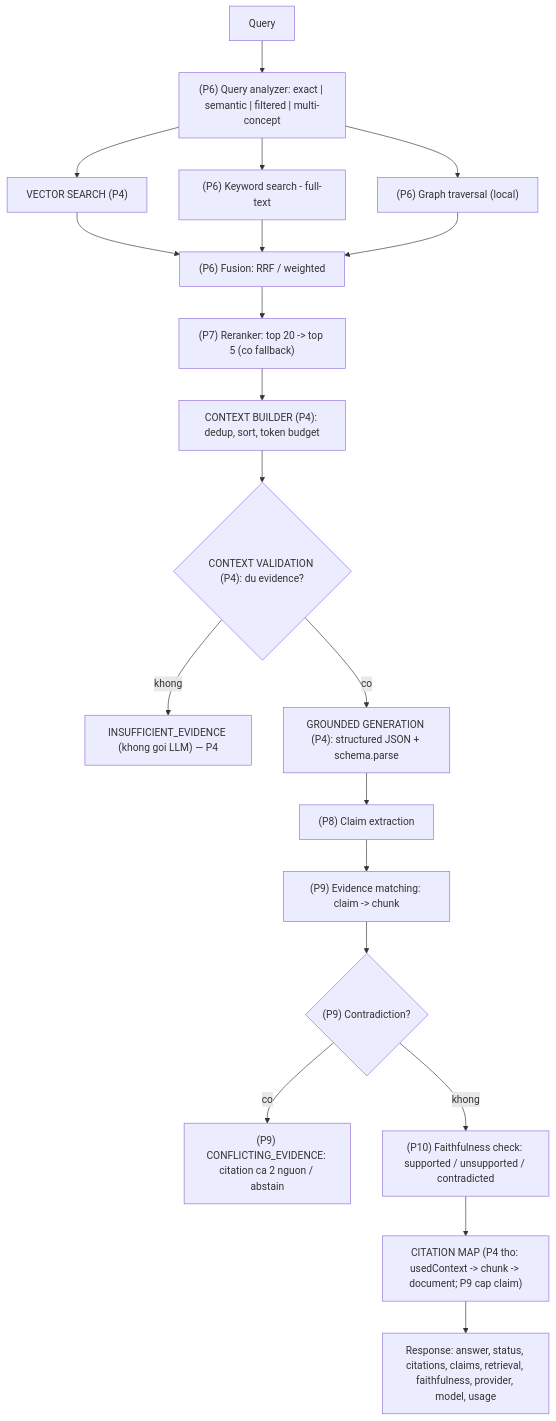
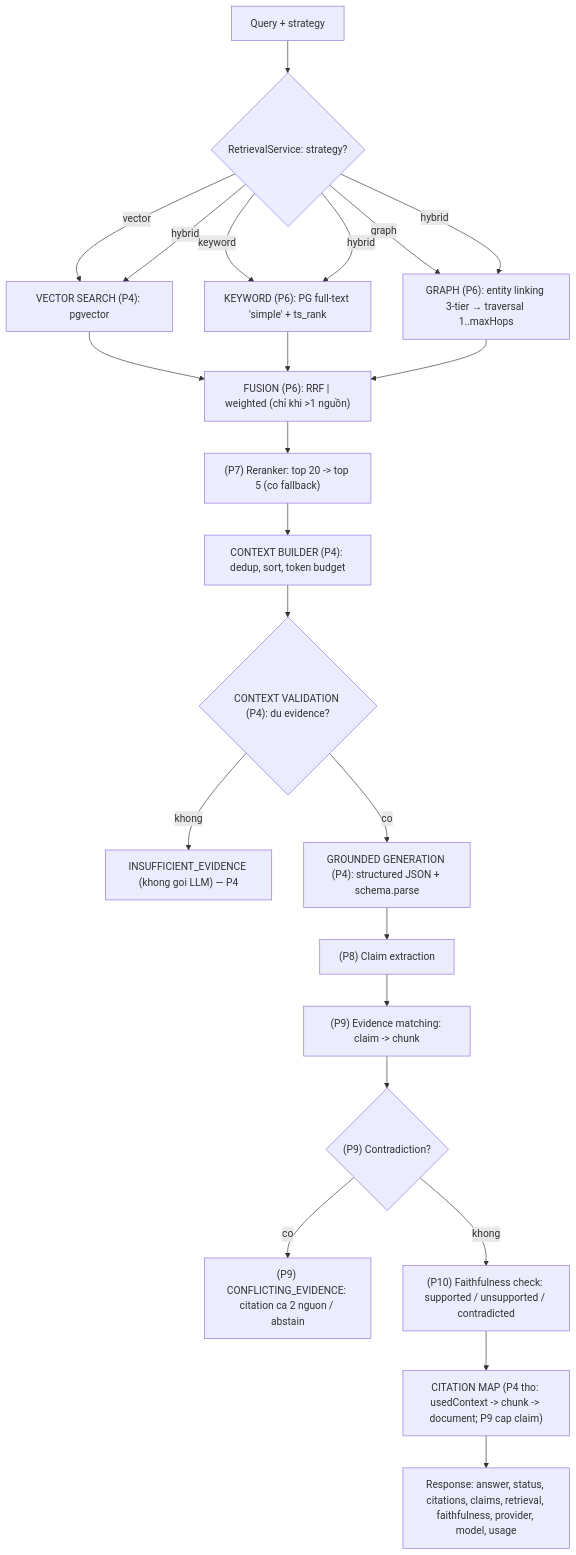
The second of 2 diagrams in docs/architecture/rag-architecture.md (vietbevis/rag-reliability), drawn with Mermaid before and after one commit. The commit also changed other lines of this file and 22 other files, not shown here.

````diff
--- a/docs/architecture/rag-architecture.md
+++ b/docs/architecture/rag-architecture.md
@@ -111,22 +112,23 @@
 ```mermaid
 flowchart TD
-  QRY[Query] --> AN["(P6) Query analyzer: exact | semantic | filtered | multi-concept"]
-  AN --> VEC["VECTOR SEARCH (P4)"]
-  AN --> KW["(P6) Keyword search - full-text"]
-  AN --> GR["(P6) Graph traversal (local)"]
-  VEC --> FUS["(P6) Fusion: RRF / weighted"]
+  QRY[Query + strategy] --> DISP{"RetrievalService: strategy?"}
+  DISP -->|vector| VEC["VECTOR SEARCH (P4): pgvector"]
+  DISP -->|keyword| KW["KEYWORD (P6): PG full-text 'simple' + ts_rank"]
+  DISP -->|graph| GR["GRAPH (P6): entity linking 3-tier → traversal 1..maxHops"]
+  DISP -->|hybrid| VEC & KW & GR
+  VEC --> FUS["FUSION (P6): RRF | weighted (chỉ khi >1 nguồn)"]
   KW --> FUS
   GR --> FUS
   FUS --> RR["(P7) Reranker: top 20 -> top 5 (co fallback)"]
   RR --> CB["CONTEXT BUILDER (P4): dedup, sort, token budget"]
   CB --> CV{"CONTEXT VALIDATION (P4): du evidence?"}
   CV -->|khong| ABS["INSUFFICIENT_EVIDENCE (khong goi LLM) — P4"]
   CV -->|co| GEN["GROUNDED GENERATION (P4): structured JSON + schema.parse"]
   GEN --> CE["(P8) Claim extraction"]
   CE --> EM["(P9) Evidence matching: claim -> chunk"]
   EM --> CD{"(P9) Contradiction?"}
   CD -->|co| CF["(P9) CONFLICTING_EVIDENCE: citation ca 2 nguon / abstain"]
   CD -->|khong| FF["(P10) Faithfulness check: supported / unsupported / contradicted"]
   FF --> CIT["CITATION MAP (P4 tho: usedContext -> chunk -> document; P9 cap claim)"]
   CIT --> RESP["Response: answer, status, citations, claims, retrieval, faithfulness, provider, model, usage"]
 ```
````
